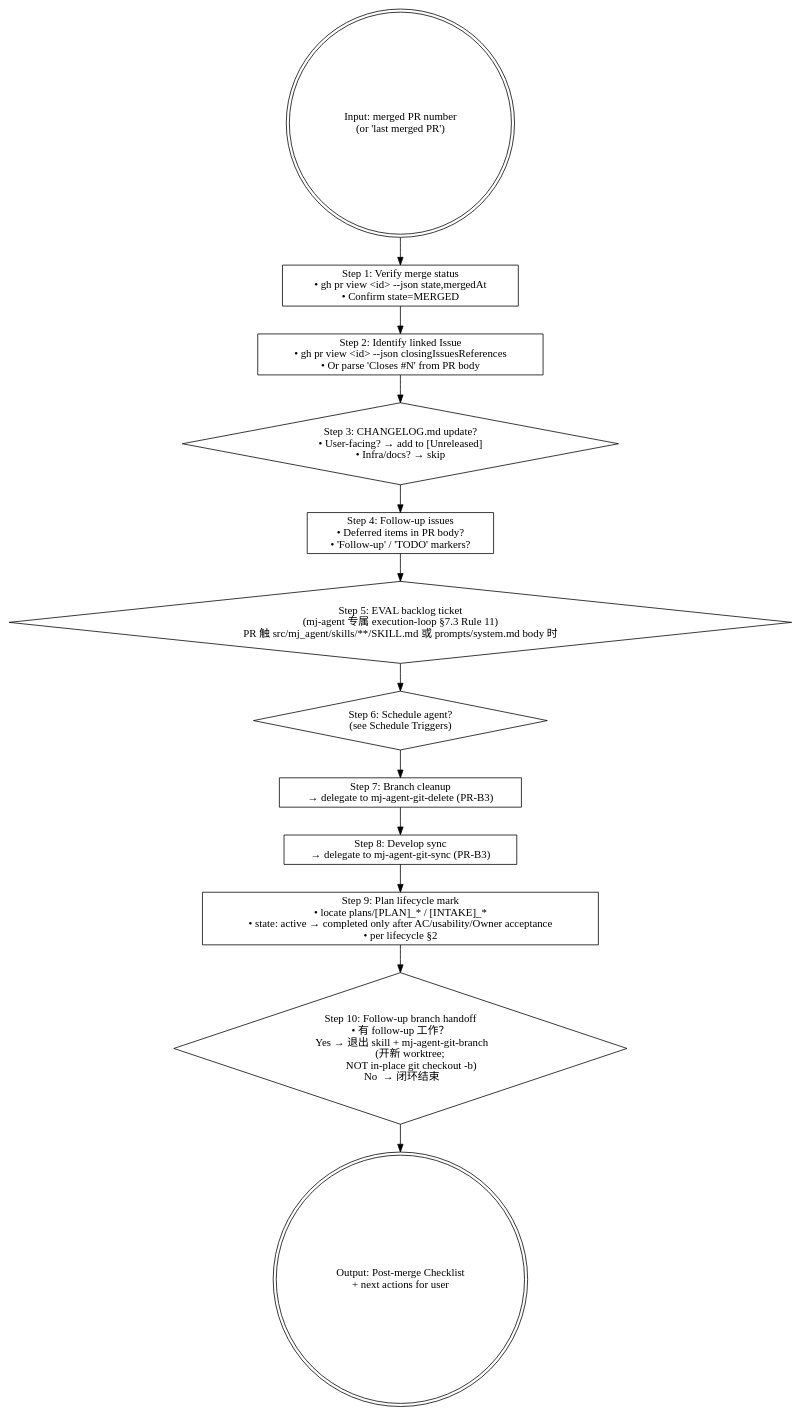
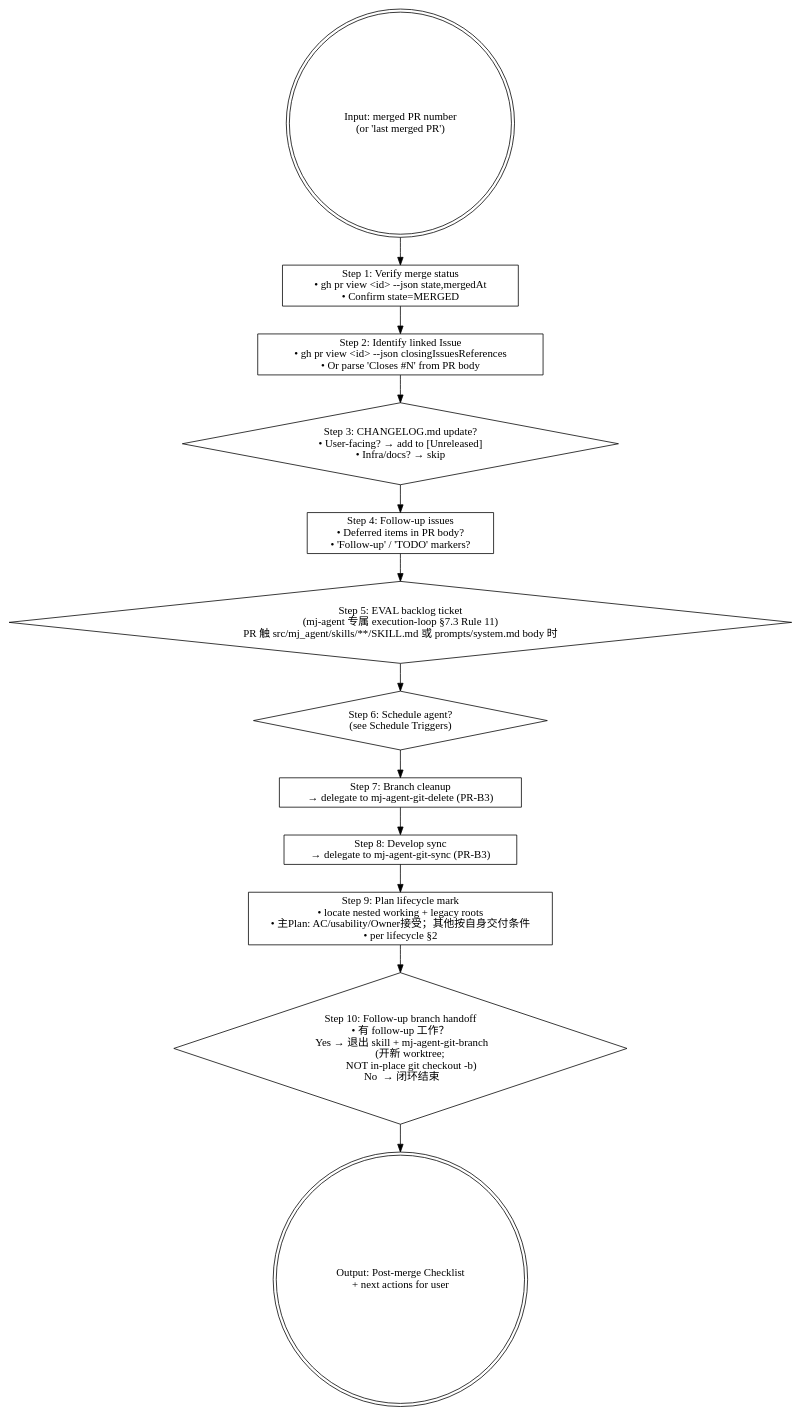
One commit to MJ-AgentLab/mj-agent changed the diagram in .agents/skills/mj-agent-flow-post-merge/SKILL.md. Above: the diagram before and after it, drawn with Graphviz. The commit also changed other lines of this file and 23 other files, not shown here.

````diff
--- a/.agents/skills/mj-agent-flow-post-merge/SKILL.md
+++ b/.agents/skills/mj-agent-flow-post-merge/SKILL.md
@@ -39,21 +39,21 @@
 ```dot
 digraph post_merge {
   rankdir=TB;
   start [label="Input: merged PR number\n(or 'last merged PR')" shape=doublecircle];
 
   s1 [label="Step 1: Verify merge status\n• gh pr view <id> --json state,mergedAt\n• Confirm state=MERGED" shape=box];
   s2 [label="Step 2: Identify linked Issue\n• gh pr view <id> --json closingIssuesReferences\n• Or parse 'Closes #N' from PR body" shape=box];
   s3 [label="Step 3: CHANGELOG.md update?\n• User-facing? → add to [Unreleased]\n• Infra/docs? → skip" shape=diamond];
   s4 [label="Step 4: Follow-up issues\n• Deferred items in PR body?\n• 'Follow-up' / 'TODO' markers?" shape=box];
   s5 [label="Step 5: EVAL backlog ticket\n(mj-agent 专属 execution-loop §7.3 Rule 11)\nPR 触 src/mj_agent/skills/**/SKILL.md 或 prompts/system.md body 时" shape=diamond];
   s6 [label="Step 6: Schedule agent?\n(see Schedule Triggers)" shape=diamond];
   s7 [label="Step 7: Branch cleanup\n→ delegate to mj-agent-git-delete (PR-B3)" shape=box];
   s8 [label="Step 8: Develop sync\n→ delegate to mj-agent-git-sync (PR-B3)" shape=box];
-  s9 [label="Step 9: Plan lifecycle mark\n• locate plans/[PLAN]_* / [INTAKE]_*\n• state: active → completed only after AC/usability/Owner acceptance\n• per lifecycle §2" shape=box];
+  s9 [label="Step 9: Plan lifecycle mark\n• locate nested working + legacy roots\n• 主Plan: AC/usability/Owner接受；其他按自身交付条件\n• per lifecycle §2" shape=box];
   s10 [label="Step 10: Follow-up branch handoff\n• 有 follow-up 工作？\n  Yes → 退出 skill + mj-agent-git-branch\n        (开新 worktree;\n         NOT in-place git checkout -b)\n  No  → 闭环结束" shape=diamond];
 
   out [label="Output: Post-merge Checklist\n+ next actions for user" shape=doublecircle];
 
   start -> s1 -> s2 -> s3 -> s4 -> s5 -> s6 -> s7 -> s8 -> s9 -> s10 -> out;
 }
 ```
````
